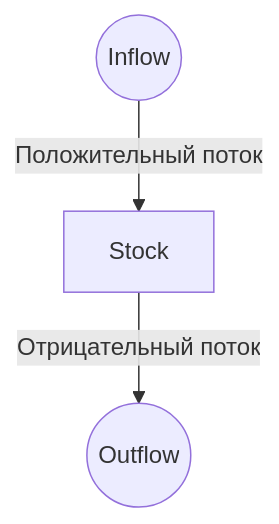
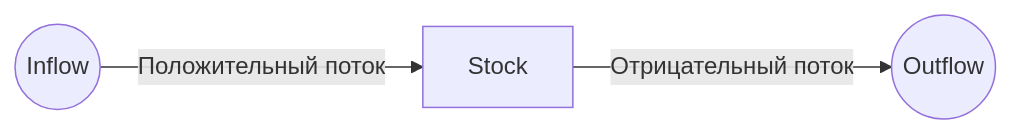
One commit to sta-zot/PIS changed the sixth of 12 diagrams in РГРТУ/МиКМ/README.md. Above: the diagram before and after it, drawn with Mermaid. The commit also changed other lines of this file, not shown here.

````diff
--- a/РГРТУ/МиКМ/README.md
+++ b/РГРТУ/МиКМ/README.md
@@ -1009,5 +1009,5 @@
 ```mermaid
-graph TD;
+graph LR;
   inflow((Inflow)) -->|Положительный поток| stock[Stock];
   stock -->|Отрицательный поток| outflow((Outflow));
 ```
````
